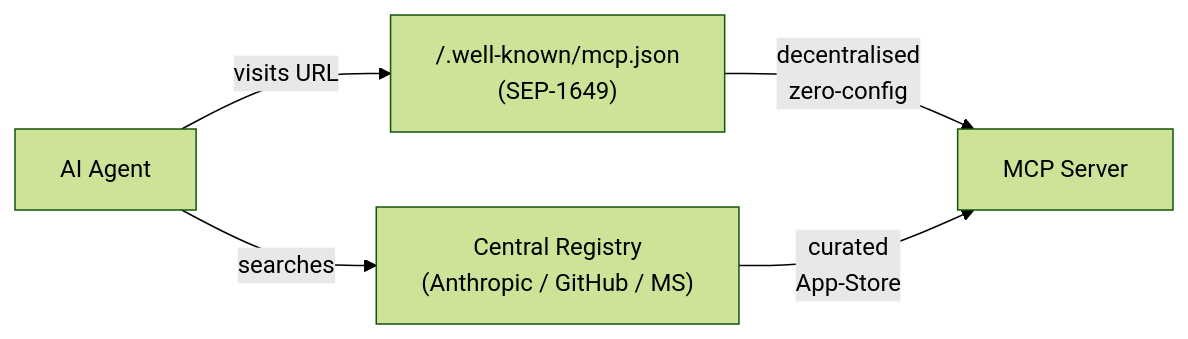
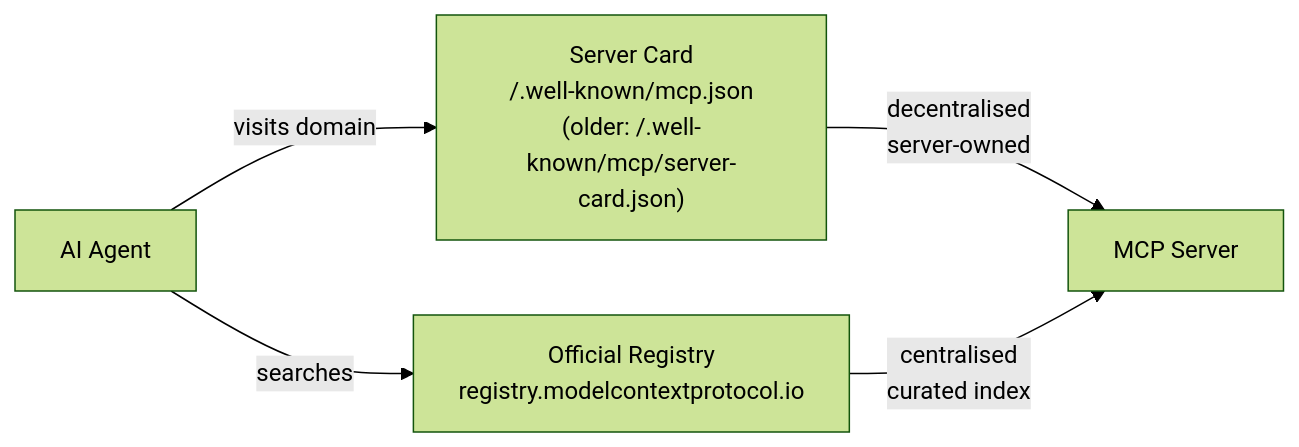
Before and after one commit to L-C-P/mcp-talk-dotnet-demo: the fifth of 5 diagrams in slidev/slides.md, drawn with Mermaid (forest theme). The commit also changed other lines of this file and 6 other files, not shown here.

````diff
--- a/slidev/slides.md
+++ b/slidev/slides.md
@@ -1255,7 +1259,7 @@
 ```mermaid
 flowchart LR
-    A["AI Agent"] -->|" visits URL "| B["/.well-known/mcp.json<br/>(SEP-1649)"]
-    A -->|" searches "| C["Central Registry<br/>(Anthropic / GitHub / MS)"]
-    B -->|" decentralised<br/>zero-config "| D["MCP Server"]
-    C -->|" curated<br/>App-Store "| D
+    A["AI Agent"] -->|" visits domain "| B["Server Card<br/>/.well-known/mcp.json<br/>(older: /.well-known/mcp/server-card.json)"]
+    A -->|" searches "| C["Official Registry<br/>registry.modelcontextprotocol.io"]
+    B -->|" decentralised<br/>server-owned "| D["MCP Server"]
+    C -->|" centralised<br/>curated index "| D
 ```
````
